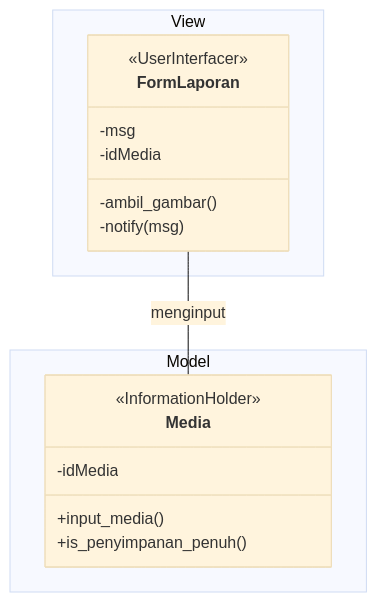
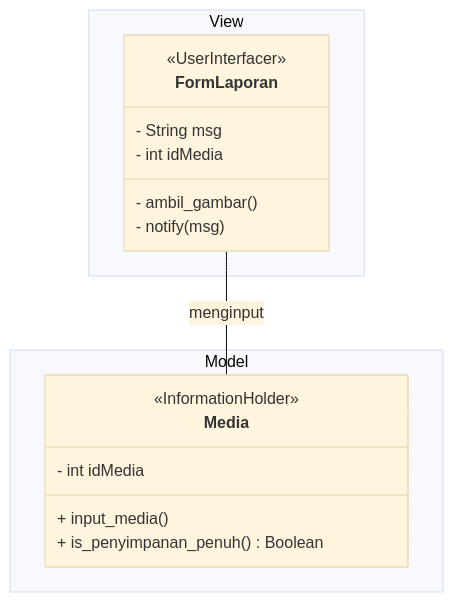
The ninth of 15 diagrams in docs/M7/K03_G02_DPPL.md (star-scripter/IF2150-RPL-K03-G02), drawn with Mermaid (base theme) before and after one commit. The commit also changed other lines of this file, not shown here.

Commit message:
docs: uc02 fixes and adjustment

````diff
--- a/docs/M7/K03_G02_DPPL.md
+++ b/docs/M7/K03_G02_DPPL.md
@@ -530,21 +530,21 @@
 ```mermaid
 classDiagram
     namespace View {
         class FormLaporan {
             <<UserInterfacer>>
-            -msg
-            -idMedia
-            -ambil_gambar()
-            -notify(msg)
+            - String msg
+            - int idMedia
+            - ambil_gambar()
+            - notify(msg)
         }
     }
     namespace Model {
         class Media {
             <<InformationHolder>>
-            -idMedia
-            +input_media()
-            +is_penyimpanan_penuh()
+            - int idMedia
+            + input_media()
+            + is_penyimpanan_penuh() Boolean
         }
     }
     FormLaporan -- Media: menginput
 ```
````
